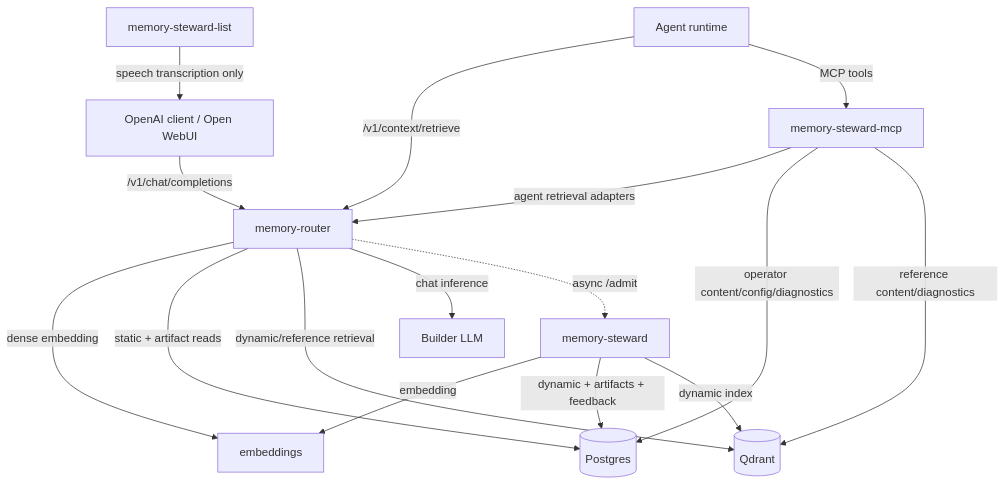
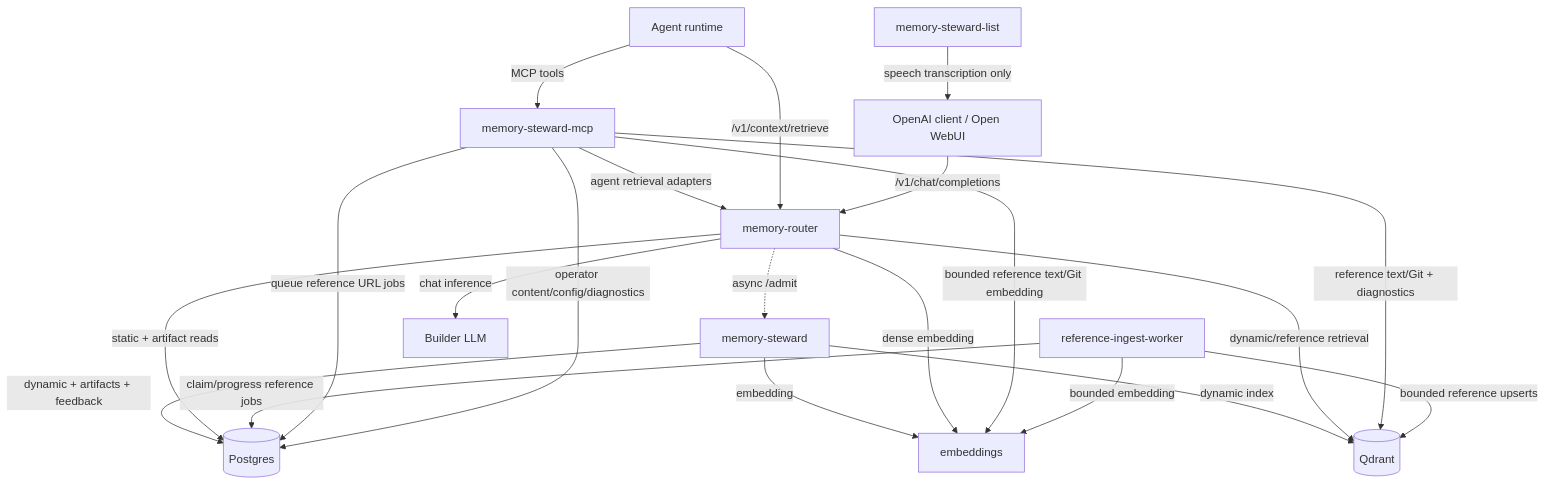
The first of 2 diagrams in docs/01_overview.md (homel-dev/memory-steward), drawn with Mermaid before and after one commit. The commit also changed other lines of this file and 24 other files, not shown here.

```diff
--- a/docs/01_overview.md
+++ b/docs/01_overview.md
@@ -35,29 +35,35 @@
 ~~~mermaid
 graph TD
     Client[OpenAI client / Open WebUI]
     Agent[Agent runtime]
     Router[memory-router]
     Steward[memory-steward]
     MCP[memory-steward-mcp]
+    RefWorker[reference-ingest-worker]
     LIST[memory-steward-list]
     Emb[embeddings]
     Builder[Builder LLM]
     PG[(Postgres)]
     Q[(Qdrant)]
 
     Client -->|/v1/chat/completions| Router
     Agent -->|/v1/context/retrieve| Router
     Agent -->|MCP tools| MCP
     MCP -->|agent retrieval adapters| Router
     MCP -->|operator content/config/diagnostics| PG
-    MCP -->|reference content/diagnostics| Q
+    MCP -->|queue reference URL jobs| PG
+    RefWorker -->|claim/progress reference jobs| PG
+    RefWorker -->|bounded embedding| Emb
+    RefWorker -->|bounded reference upserts| Q
+    MCP -->|reference text/Git + diagnostics| Q
+    MCP -->|bounded reference text/Git embedding| Emb
     Router -->|dense embedding| Emb
     Router -->|static + artifact reads| PG
     Router -->|dynamic/reference retrieval| Q
     Router -->|chat inference| Builder
     Router -.->|async /admit| Steward
     Steward -->|embedding| Emb
     Steward -->|dynamic + artifacts + feedback| PG
     Steward -->|dynamic index| Q
     LIST -->|speech transcription only| Client
 ~~~
```
